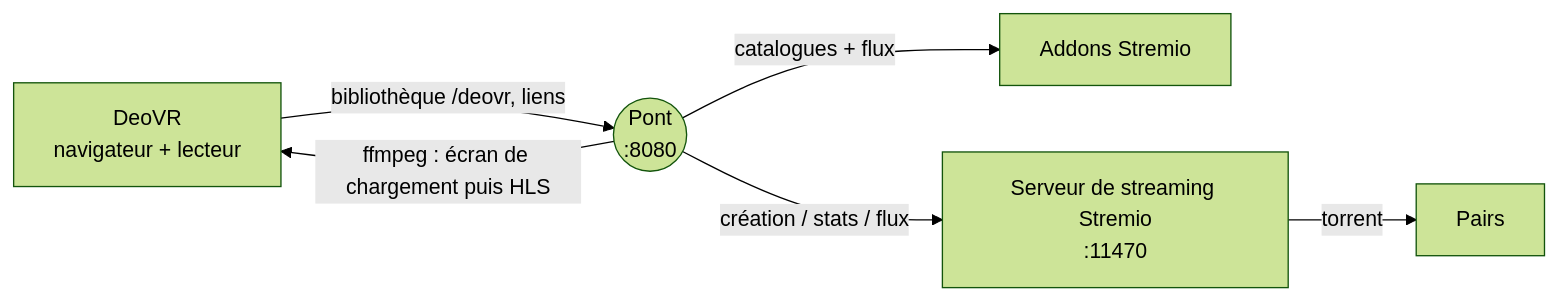
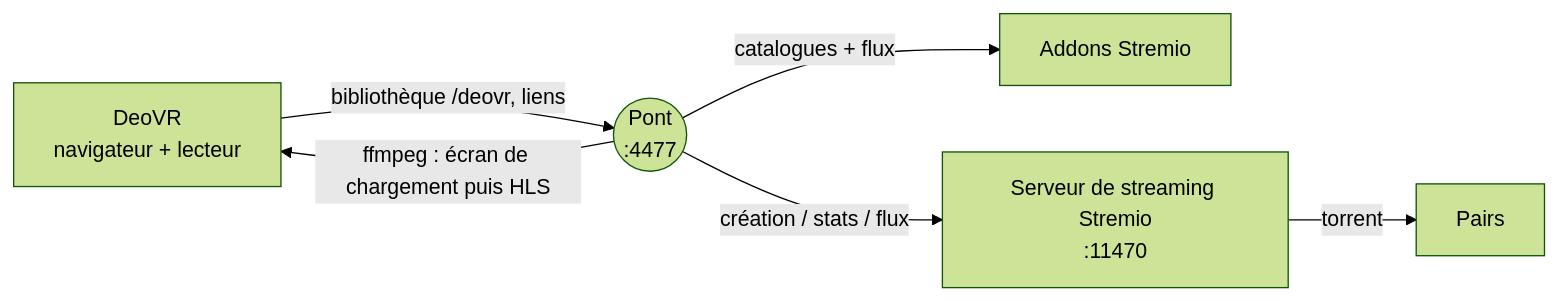
One commit to Slater-proj/deovr-stremio-bridge changed the diagram in README.fr.md. Above: the diagram before and after it, drawn with Mermaid (forest theme). The commit also changed other lines of this file and 51 other files, not shown here.

````diff
--- a/README.fr.md
+++ b/README.fr.md
@@ -39,8 +39,8 @@
 ```mermaid
 flowchart LR
-    D["DeoVR<br/>navigateur + lecteur"] -- "bibliothèque /deovr, liens" --> B(("Pont<br/>:8080"))
+    D["DeoVR<br/>navigateur + lecteur"] -- "bibliothèque /deovr, liens" --> B(("Pont<br/>:4477"))
     B -- "catalogues + flux" --> A["Addons Stremio"]
     B -- "création / stats / flux" --> S["Serveur de streaming Stremio<br/>:11470"]
     S -- "torrent" --> P["Pairs"]
     B -- "ffmpeg : écran de chargement puis HLS" --> D
 ```
````
